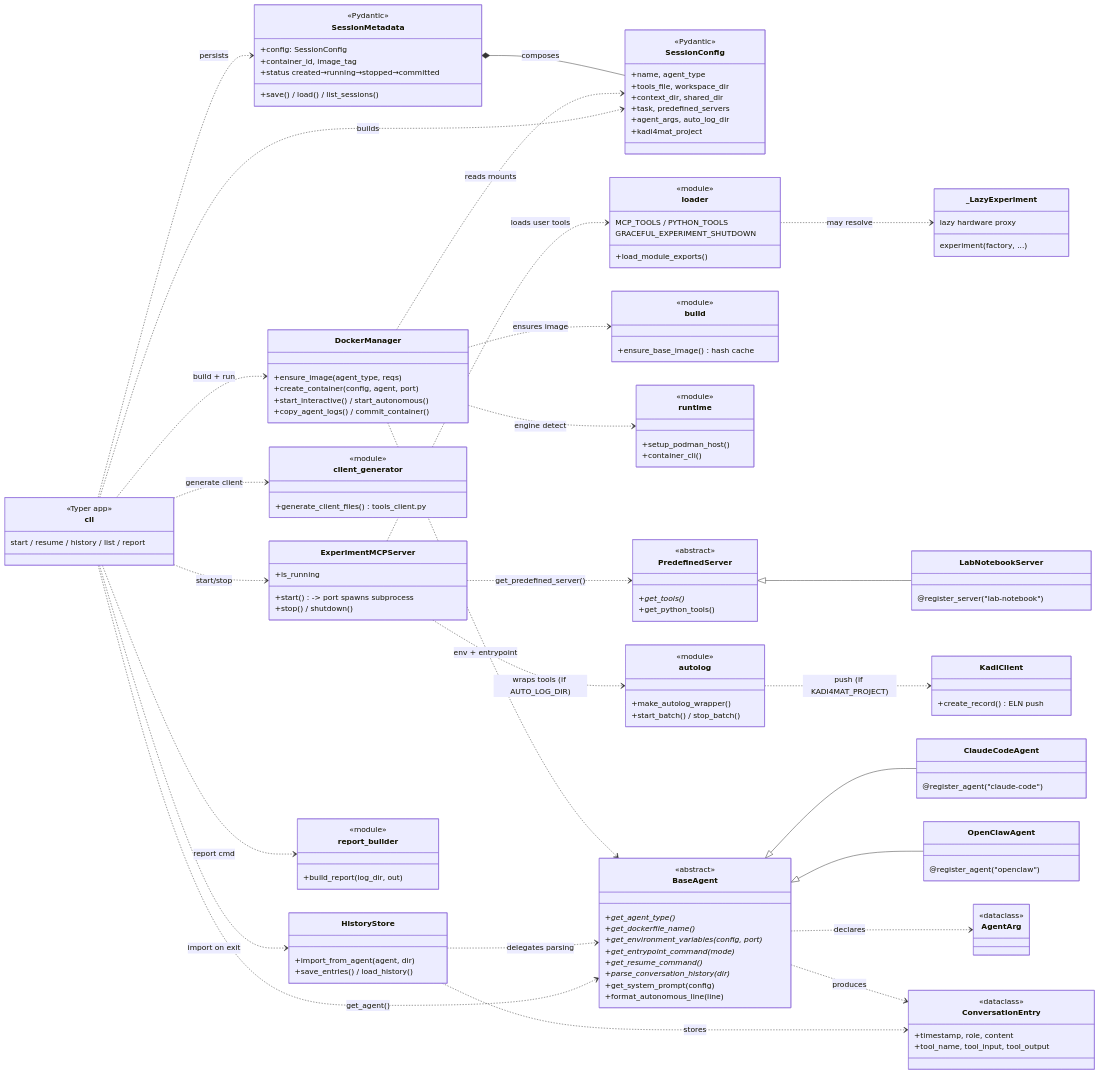
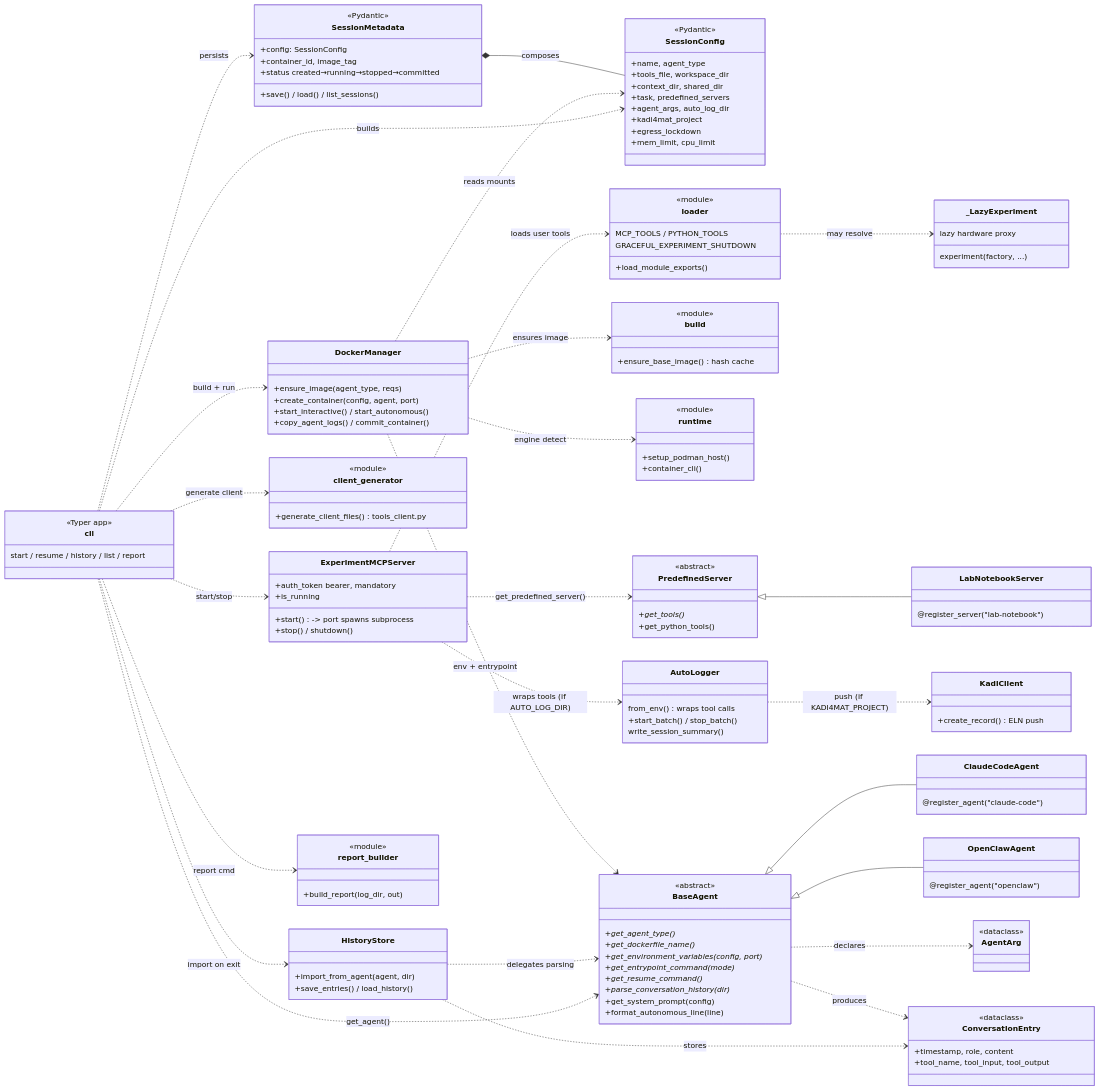
One commit to MaxNaeg/safe_lab_agents changed the first of 2 diagrams in docs/ARCHITECTURE.md. Above: the diagram before and after it, drawn with Mermaid. The commit also changed other lines of this file and 1 other file, not shown here.

Commit message:
update README and ARCHITECTURE to reflect recent changes

```diff
--- a/docs/ARCHITECTURE.md
+++ b/docs/ARCHITECTURE.md
@@ -50,6 +79,8 @@
         +task, predefined_servers
         +agent_args, auto_log_dir
         +kadi4mat_project
+        +egress_lockdown
+        +mem_limit, cpu_limit
     }
     class SessionMetadata {
         <<Pydantic>>
@@ -114,6 +145,7 @@
     class ExperimentMCPServer {
         +start() -> port  spawns subprocess
         +stop() / shutdown()
+        +auth_token  bearer, mandatory
         +is_running
     }
     class loader {
@@ -138,10 +170,10 @@
     class LabNotebookServer {
         @register_server("lab-notebook")
     }
-    class autolog {
-        <<module>>
-        +make_autolog_wrapper()
+    class AutoLogger {
+        from_env()  wraps tool calls
         +start_batch() / stop_batch()
+        write_session_summary()
     }
     class KadiClient {
         +create_record()  ELN push
@@ -149,8 +181,8 @@
     PredefinedServer <|-- LabNotebookServer
     ExperimentMCPServer ..> loader : loads user tools
     ExperimentMCPServer ..> PredefinedServer : get_predefined_server()
-    ExperimentMCPServer ..> autolog : wraps tools (if AUTO_LOG_DIR)
-    autolog ..> KadiClient : push (if KADI4MAT_PROJECT)
+    ExperimentMCPServer ..> AutoLogger : wraps tools (if AUTO_LOG_DIR)
+    AutoLogger ..> KadiClient : push (if KADI4MAT_PROJECT)
     loader ..> _LazyExperiment : may resolve
 
     %% ---- history ----
```
